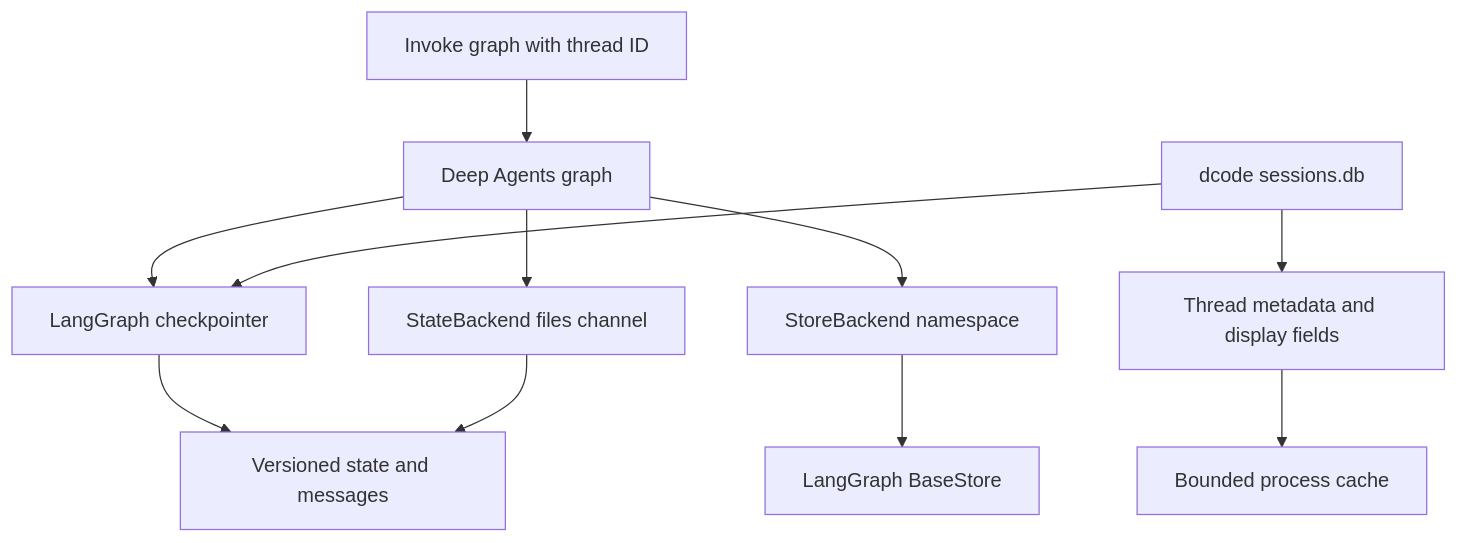
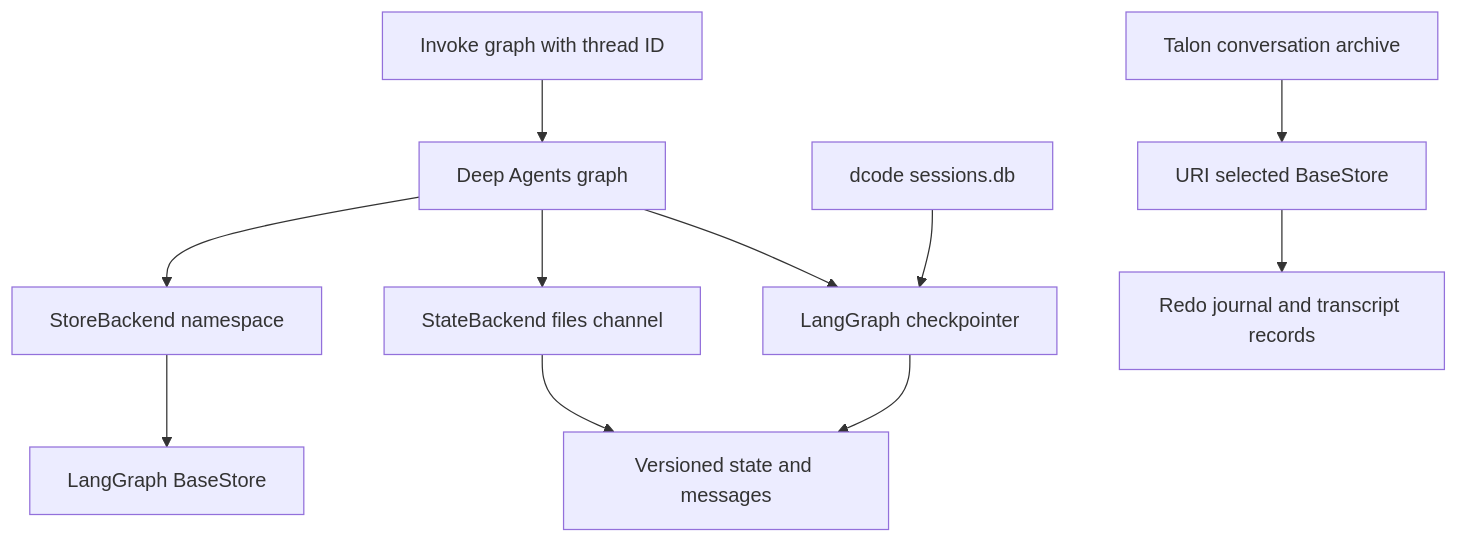
Before and after one commit to langchain-ai/deepagents: the first of 2 diagrams in openwiki/concepts/state-persistence.md, drawn with Mermaid. The commit also changed other lines of this file and 55 other files, not shown here.

````diff
--- a/openwiki/concepts/state-persistence.md
+++ b/openwiki/concepts/state-persistence.md
@@ -33,13 +41,13 @@
 ```mermaid
 flowchart TD
     Invoke["Invoke graph with thread ID"] --> Graph["Deep Agents graph"]
     Graph --> Checkpoint["LangGraph checkpointer"]
     Checkpoint --> ThreadState["Versioned state and messages"]
     Graph --> StateBackend["StateBackend files channel"]
     StateBackend --> ThreadState
     Graph --> StoreBackend["StoreBackend namespace"]
     StoreBackend --> BaseStore["LangGraph BaseStore"]
     SQLite["dcode sessions.db"] --> Checkpoint
-    SQLite --> Listing["Thread metadata and display fields"]
-    Listing --> Cache["Bounded process cache"]
+    Talon["Talon conversation archive"] --> ArchiveStore["URI selected BaseStore"]
+    ArchiveStore --> Records["Redo journal and transcript records"]
 ```
````
